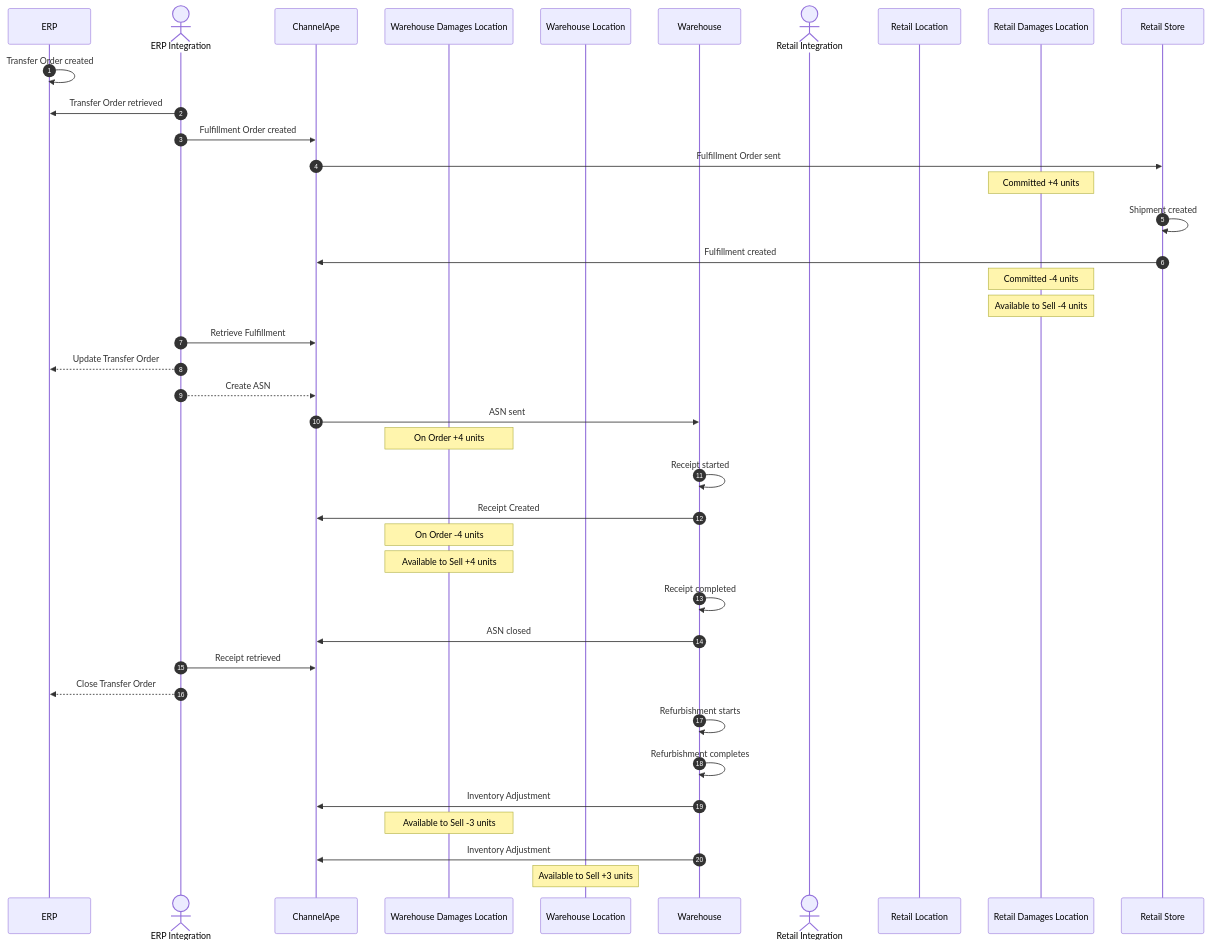
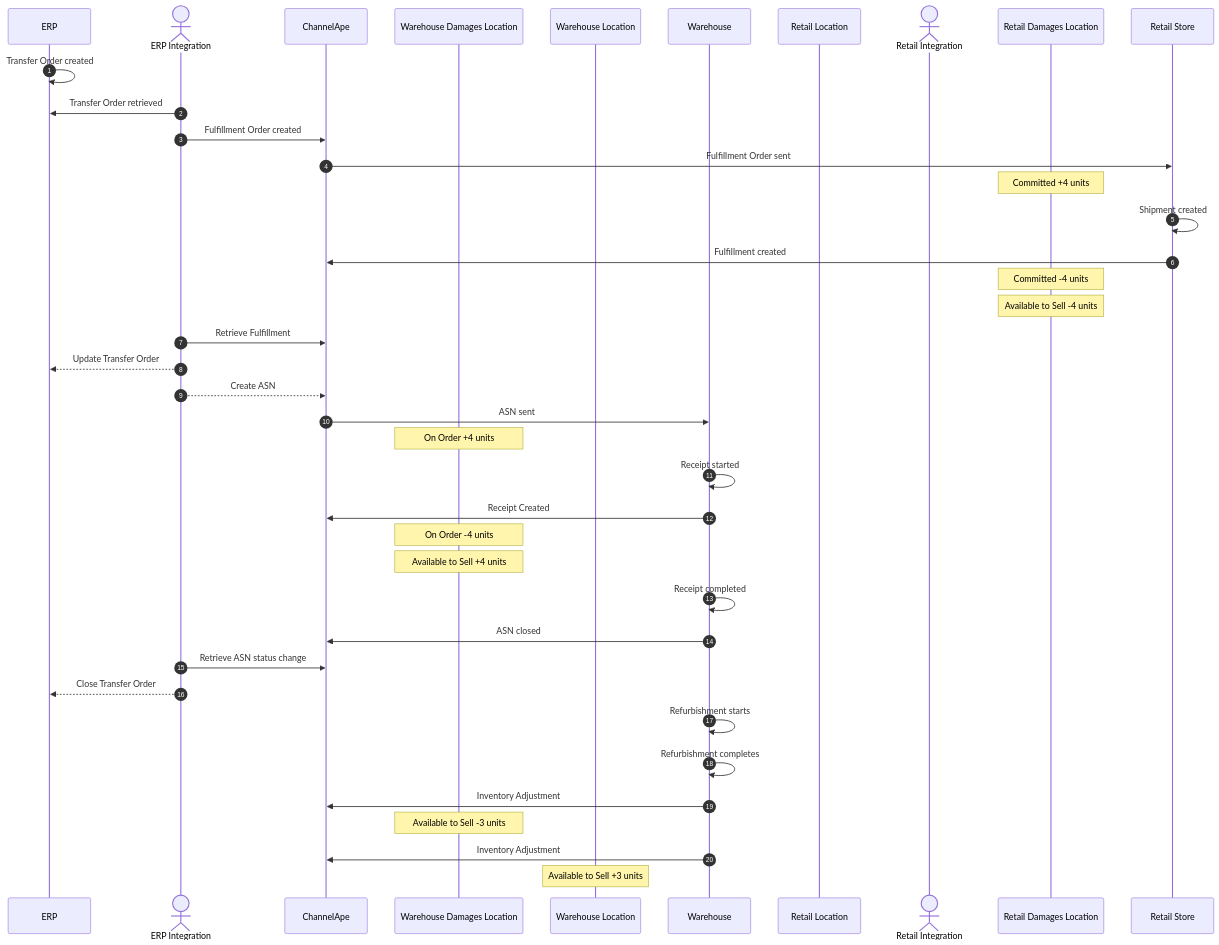
Before and after one commit to ChannelApe/channelape-docs: the sixth of 6 diagrams in data-flows/transfer-orders/README.md, drawn with Mermaid. The commit also changed other lines of this file, not shown here.

Commit message:
Moved Retail Location closer to CA, clarified Adjustment actors, and cleaned up the ERP actions for Transfer receipts and completion

````diff
--- a/data-flows/transfer-orders/README.md
+++ b/data-flows/transfer-orders/README.md
@@ -444,59 +457,58 @@
 ```mermaid
 sequenceDiagram
     autonumber
     participant ERP
     actor ERP Integration
     participant ChannelApe
     participant Warehouse Damages Location
     participant Warehouse Location
     participant Warehouse
+    participant Retail Location
     actor Retail Integration
-    participant Retail Location
     participant Retail Damages Location
     participant Retail Store
 
     ERP->>ERP: Transfer Order created
 
     ERP Integration->>ERP: Transfer Order retrieved
     ERP Integration->>ChannelApe: Fulfillment Order created
 
     ChannelApe->>Retail Store: Fulfillment Order sent
     note over Retail Damages Location: Committed +4 units
     
     Retail Store->>Retail Store: Shipment created
 
     Retail Store->>ChannelApe: Fulfillment created
     note over Retail Damages Location: Committed -4 units
     note over Retail Damages Location: Available to Sell -4 units
     
     ERP Integration->>ChannelApe: Retrieve Fulfillment
     ERP Integration-->>ERP: Update Transfer Order
     ERP Integration-->>ChannelApe: Create ASN
 
     ChannelApe->>Warehouse: ASN sent
     note over Warehouse Damages Location: On Order +4 units
 
     Warehouse->>Warehouse: Receipt started
 
     Warehouse->>ChannelApe: Receipt Created
     note over Warehouse Damages Location: On Order -4 units
     note over Warehouse Damages Location: Available to Sell +4 units
 
     Warehouse->>Warehouse: Receipt completed
 
     Warehouse->>ChannelApe: ASN closed
 
-    ERP Integration->>ChannelApe: Receipt retrieved
-
+    ERP Integration->>ChannelApe: Retrieve ASN status change
     ERP Integration-->>ERP: Close Transfer Order
 
     Warehouse->>Warehouse: Refurbishment starts
 
     Warehouse->>Warehouse: Refurbishment completes
 
     Warehouse->>ChannelApe: Inventory Adjustment
     note over Warehouse Damages Location: Available to Sell -3 units
 
     Warehouse->>ChannelApe: Inventory Adjustment
     note over Warehouse Location: Available to Sell +3 units
 ```
````
